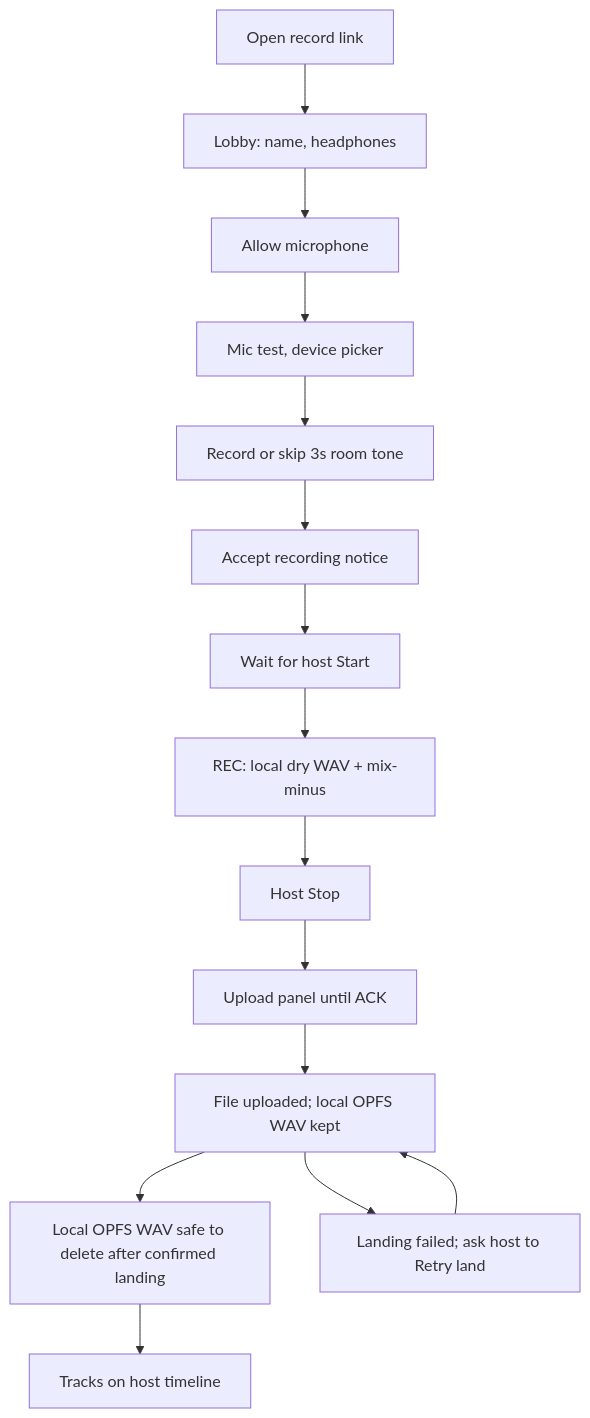
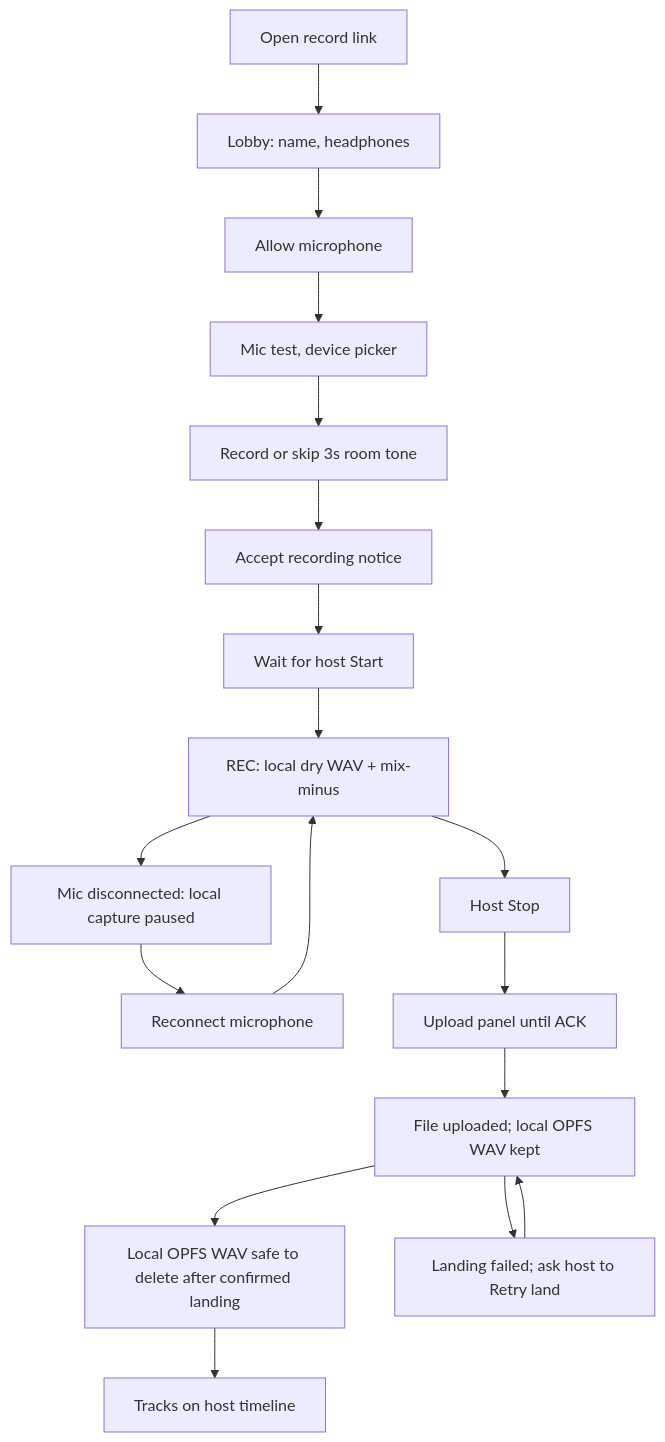
One commit to calebn/sharecut-studio changed the fifth of 6 diagrams in ux/pages/guest-journeys.md. Above: the diagram before and after it, drawn with Mermaid. The commit also changed other lines of this file and 4 other files, not shown here.

````diff
--- a/ux/pages/guest-journeys.md
+++ b/ux/pages/guest-journeys.md
@@ -126,17 +126,20 @@
 ```mermaid
 flowchart TD
   open[Open record link] --> lobby[Lobby: name, headphones]
   lobby --> devices[Allow microphone]
   devices --> mic[Mic test, device picker]
   mic --> roomTone[Record or skip 3s room tone]
   roomTone --> consent[Accept recording notice]
   consent --> wait[Wait for host Start]
   wait --> rec[REC: local dry WAV + mix-minus]
+  rec --> lost[Mic disconnected: local capture paused]
+  lost --> reconnect[Reconnect microphone]
+  reconnect --> rec
   rec --> stop[Host Stop]
   stop --> upload[Upload panel until ACK]
   upload --> staged[File uploaded; local OPFS WAV kept]
   staged --> opfs[Local OPFS WAV safe to delete after confirmed landing]
   staged --> failed[Landing failed; ask host to Retry land]
   failed --> staged
   opfs --> done[Tracks on host timeline]
 ```
````
